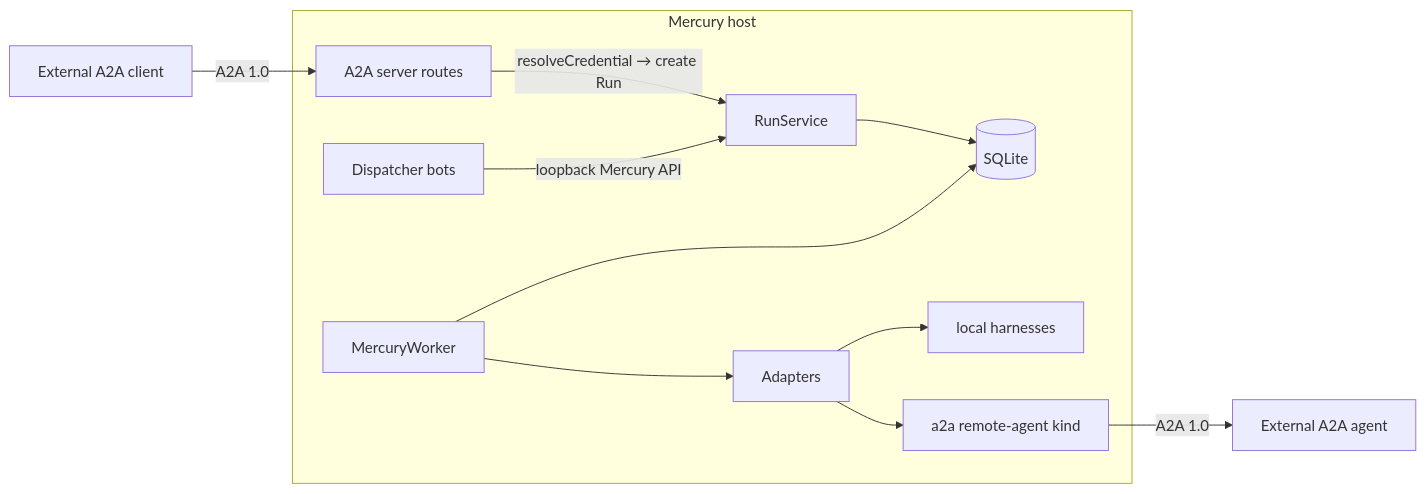
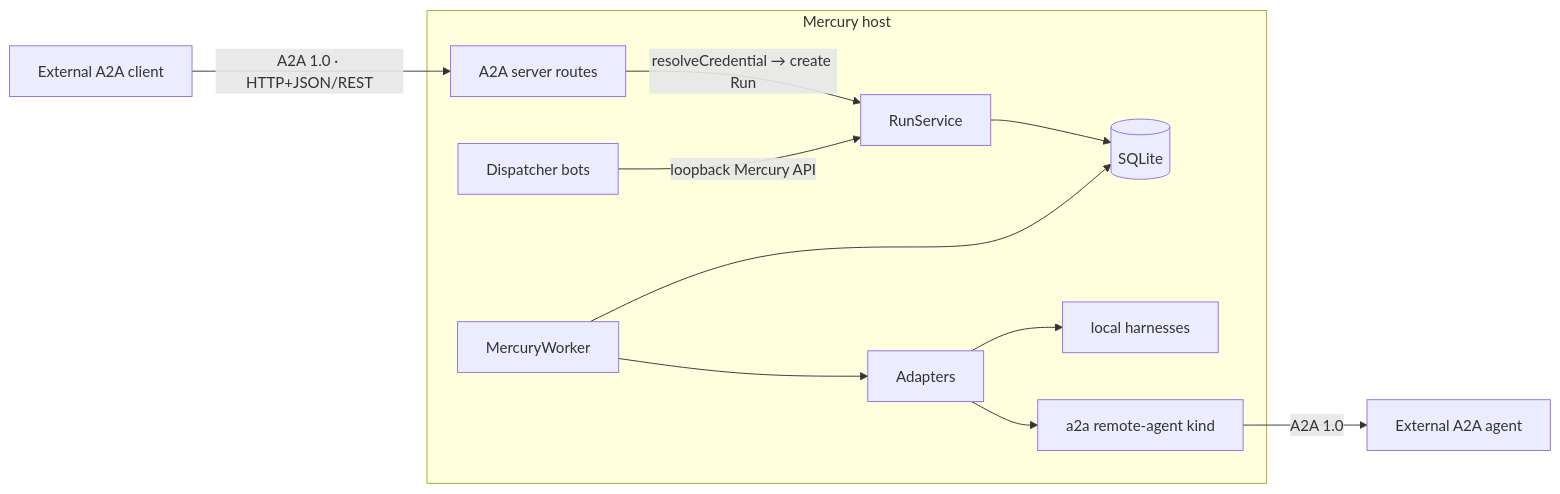
The diagram in docs/a2a-design.md (aywengo/mercury), drawn with Mermaid before and after one commit. The commit also changed other lines of this file, not shown here.

First line of the commit message:
docs(a2a): settle server-first, REST binding, official JS SDK

````diff
--- a/docs/a2a-design.md
+++ b/docs/a2a-design.md
@@ -30,14 +31,14 @@
 ```mermaid
 flowchart LR
-    EXT1[External A2A client] -->|"A2A 1.0"| SRV
+    EXT1[External A2A client] -->|"A2A 1.0 · HTTP+JSON/REST"| SRV
     subgraph host [Mercury host]
         SRV[A2A server routes] -->|"resolveCredential → create Run"| RS[RunService]
         RS --> DB[(SQLite)]
         W[MercuryWorker] --> DB
         W --> AD[Adapters]
         AD --> H[local harnesses]
         AD --> A2AC[a2a remote-agent kind]
         BOT[Dispatcher bots] -->|"loopback Mercury API"| RS
     end
     A2AC -->|"A2A 1.0"| EXT2[External A2A agent]
 ```
````
